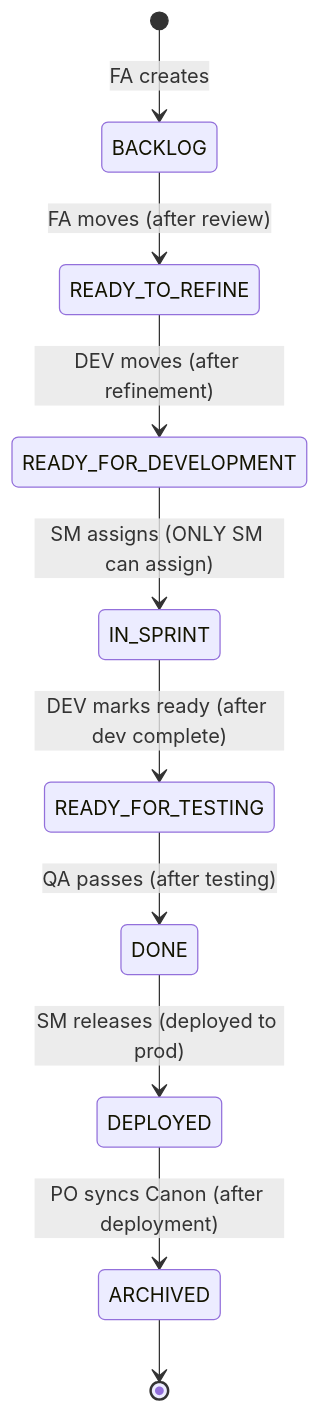
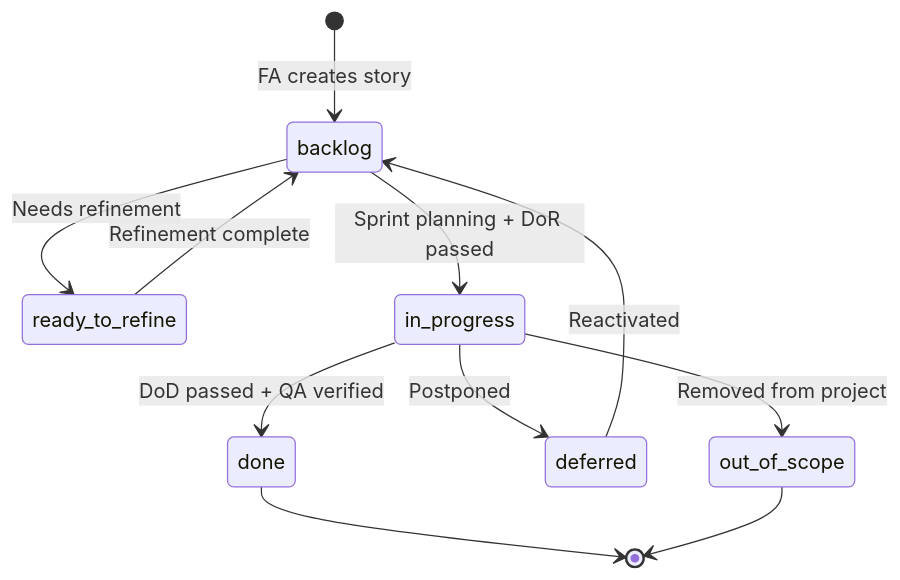
The second of 2 diagrams in README.md (Pieter2406/TeamSpec), drawn with Mermaid before and after one commit. The commit also changed other lines of this file and 4 other files, not shown here.

````diff
--- a/README.md
+++ b/README.md
@@ -452,20 +471,19 @@
 ```mermaid
 stateDiagram-v2
-    [*] --> BACKLOG: FA creates
+    [*] --> backlog: FA creates story
     
-    BACKLOG --> READY_TO_REFINE: FA moves (after review)
+    backlog --> ready_to_refine: Needs refinement
+    ready_to_refine --> backlog: Refinement complete
     
-    READY_TO_REFINE --> READY_FOR_DEVELOPMENT: DEV moves (after refinement)
+    backlog --> in_progress: Sprint planning + DoR passed
     
-    READY_FOR_DEVELOPMENT --> IN_SPRINT: SM assigns (ONLY SM can assign)
+    in_progress --> done: DoD passed + QA verified
     
-    IN_SPRINT --> READY_FOR_TESTING: DEV marks ready (after dev complete)
+    in_progress --> deferred: Postponed
+    in_progress --> out_of_scope: Removed from project
     
-    READY_FOR_TESTING --> DONE: QA passes (after testing)
+    deferred --> backlog: Reactivated
     
-    DONE --> DEPLOYED: SM releases (deployed to prod)
-    
-    DEPLOYED --> ARCHIVED: PO syncs Canon (after deployment)
-    
-    ARCHIVED --> [*]
+    done --> [*]
+    out_of_scope --> [*]
 ```
````
